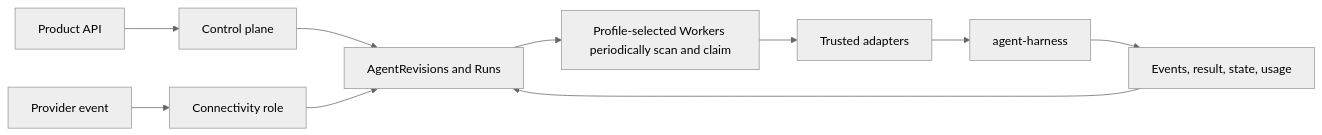
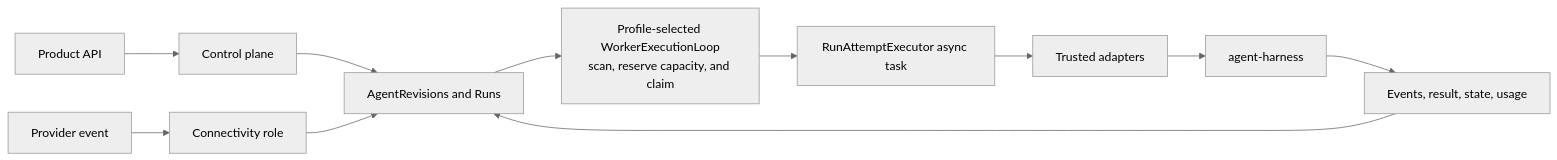
Before and after one commit to LTThreeComma/agent-foundation: the second of 4 diagrams in spec/README.md, drawn with Mermaid (neutral theme). The commit also changed other lines of this file and 21 other files, not shown here.

First line of the commit message:
docs(foundation): define attempt execution and environment bindings (#131)

````diff
--- a/spec/README.md
+++ b/spec/README.md
@@ -196,11 +196,12 @@
 ```mermaid
 flowchart LR
     API[Product API] --> Control[Control plane]
     Provider[Provider event] --> Connectivity[Connectivity role]
     Control & Connectivity --> Durable[AgentRevisions and Runs]
-    Durable --> Worker[Profile-selected Workers periodically scan and claim]
-    Worker --> Reconstruct[Trusted adapters]
+    Durable --> Loop[Profile-selected WorkerExecutionLoop<br/>scan, reserve capacity, and claim]
+    Loop --> Executor[RunAttemptExecutor async task]
+    Executor --> Reconstruct[Trusted adapters]
     Reconstruct --> Harness[agent-harness]
     Harness --> Candidate[Events, result, state, usage]
     Candidate --> Durable
 ```
````
